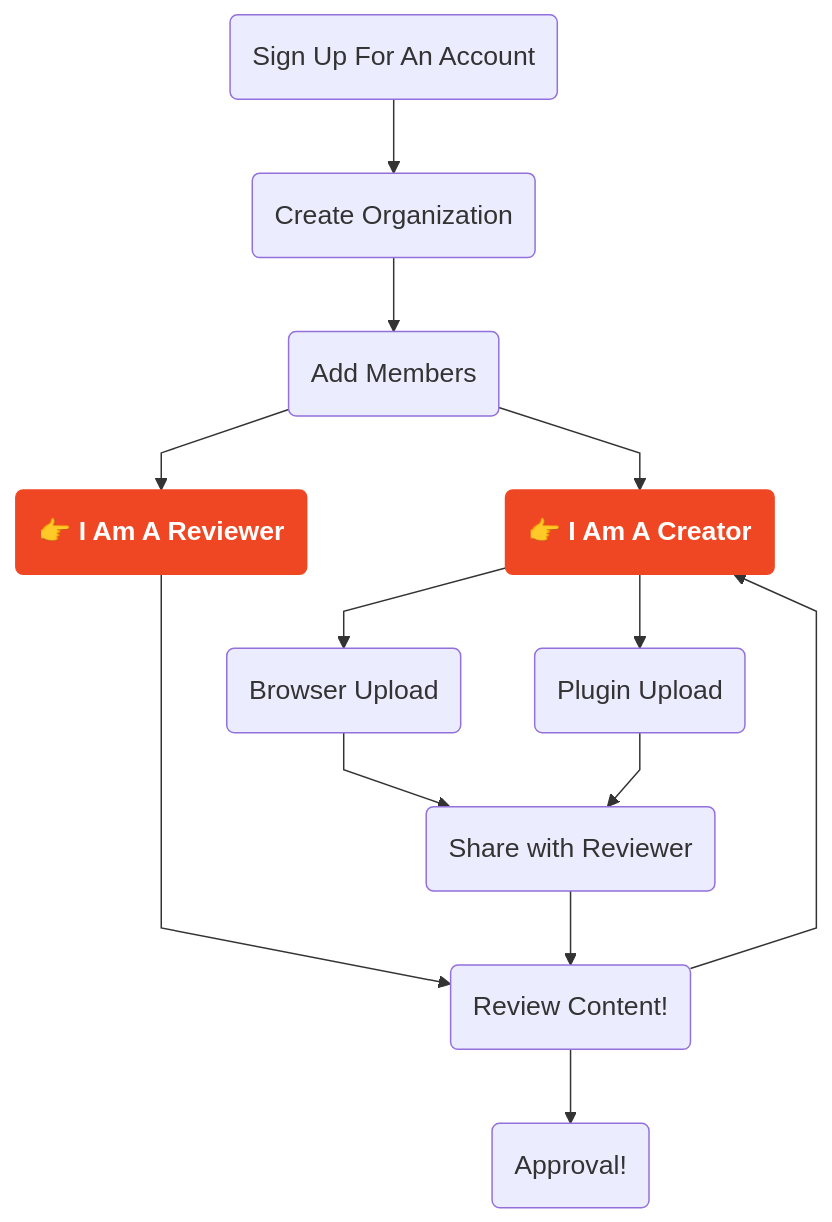
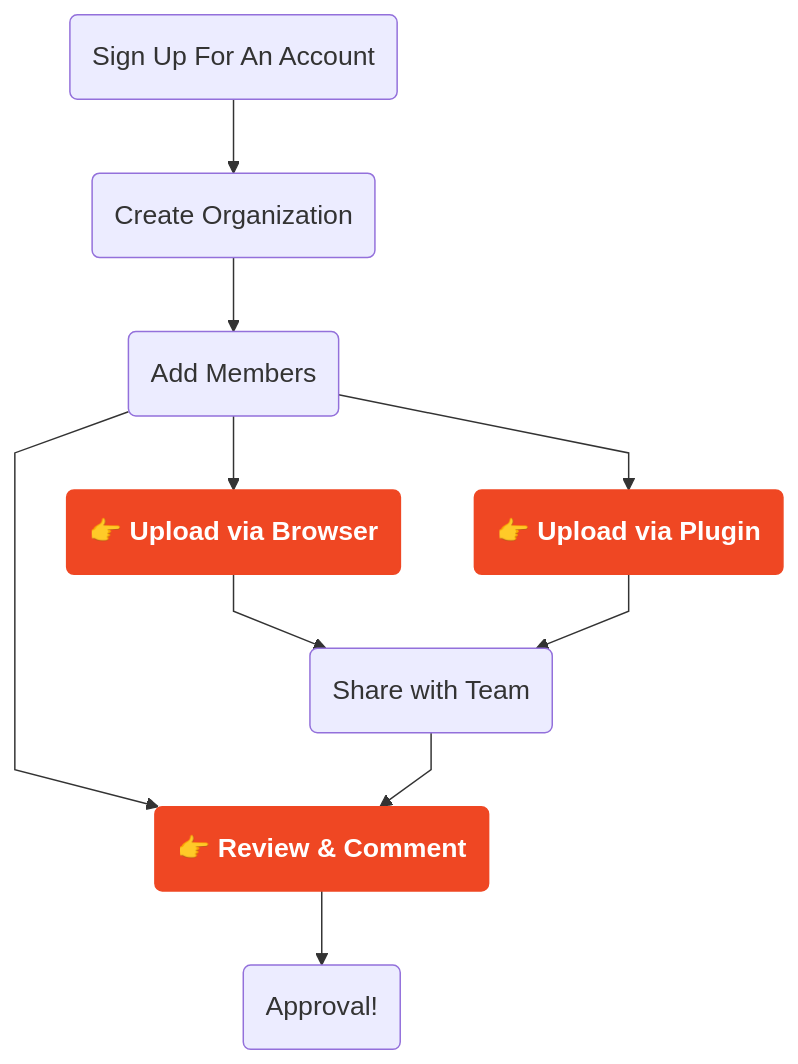
One commit to 180-studios/shale-docs changed the diagram in src/content/docs/01_Getting_Started/introduction.mdx. Above: the diagram before and after it, drawn with Mermaid. The commit also changed other lines of this file and 345 other files, not shown here.

````diff
--- a/src/content/docs/01_Getting_Started/introduction.mdx
+++ b/src/content/docs/01_Getting_Started/introduction.mdx
@@ -70,20 +71,21 @@
 ```mermaid
 %%{init: {'flowchart': {'curve': 'linear'}, 'themeVariables': {'fontSize': '18px'}}}%%
 flowchart TD
   A(Sign Up For An Account)
   A --> B(Create Organization)
   B --> C(Add Members)
-  C --> D("<b>👉 I Am A Creator</b>") & E("<b>👉 I Am A Reviewer</b>")
-  D --> F(Browser Upload) & G(Plugin Upload)
-  E ----> H(Review Content!)
-  F & G --> I(Share with Reviewer)
-  I --> H
-  H --> D
-  H --> J(Approval!)
+  C --> D("<b>👉 Upload via Browser</b>") & G("<b>👉 Upload via Plugin</b>")
+  C --> E("<b>👉 Review & Comment</b>")
+  D --> I(Share with Team)
+  G --> I
+  I --> E
+  E --> J(Approval!)
 
-  click D href "/02_creator/creator-quick-start" "Creator Quick Start"
-  click E href "/03_reviewer/reviewer-quick-start" "Reviewer Quick Start"
+  click D href "/02_browser_upload/overview" "Upload via Browser"
+  click G href "/03_plugin_upload/overview" "Upload via Plugin"
+  click E href "/04_review/overview" "Review & Comment"
 
   style D fill:#ef4723,color:#fff,stroke:#ef4723,cursor:pointer,font-weight:bold
+  style G fill:#ef4723,color:#fff,stroke:#ef4723,cursor:pointer,font-weight:bold
   style E fill:#ef4723,color:#fff,stroke:#ef4723,cursor:pointer,font-weight:bold
 ```
````
